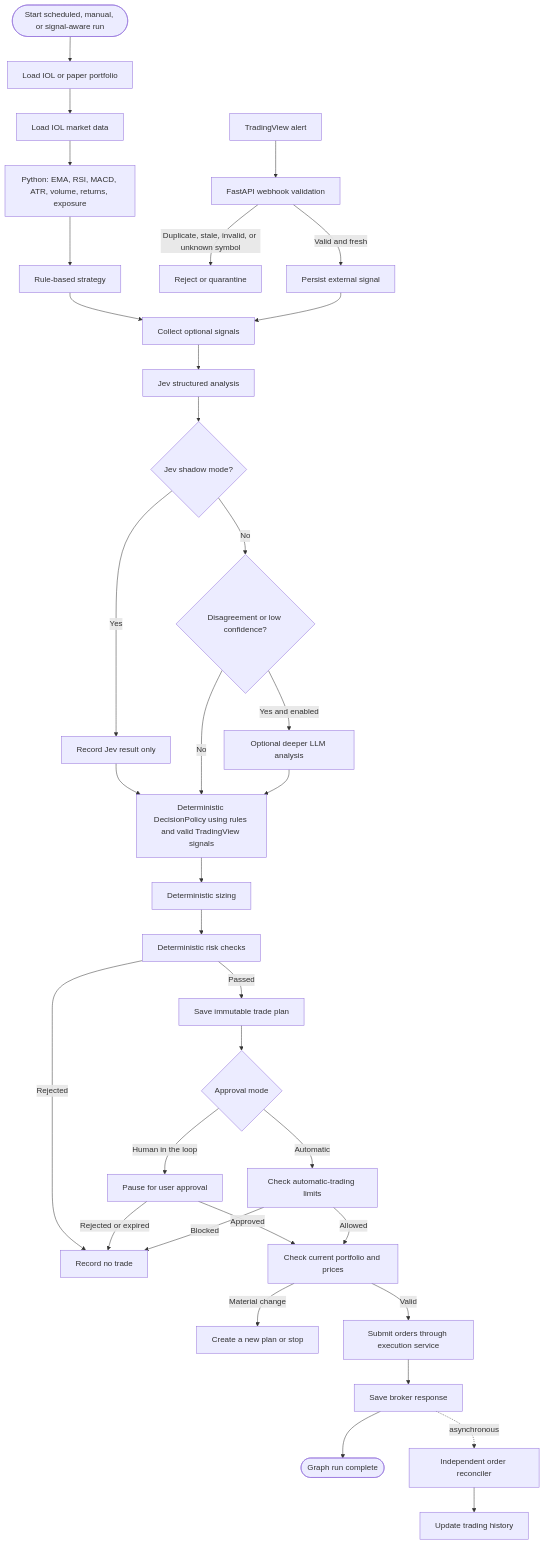
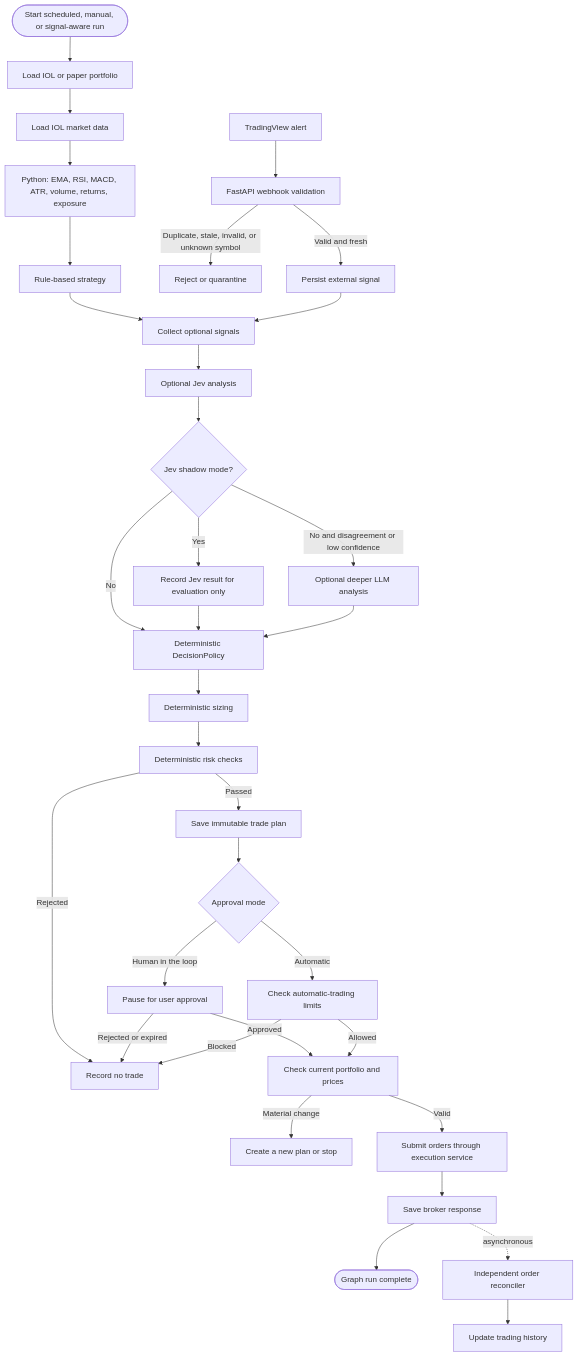
Before and after one commit to joseluismuzikant/ia-trading-broker: the second of 4 diagrams in README.md, drawn with Mermaid. The commit also changed other lines of this file, not shown here.

````diff
--- a/README.md
+++ b/README.md
@@ -144,42 +225,41 @@
 ```mermaid README.md
 flowchart TD
     TV[TradingView alert] --> INTAKE[FastAPI webhook validation]
     INTAKE -->|Valid and fresh| PERSIST[Persist external signal]
     INTAKE -->|Duplicate, stale, invalid, or unknown symbol| QUARANTINE[Reject or quarantine]
 
     START([Start scheduled, manual, or signal-aware run]) --> PORT[Load IOL or paper portfolio]
     PORT --> MARKET[Load IOL market data]
     MARKET --> FEATURES[Python: EMA, RSI, MACD, ATR, volume, returns, exposure]
     FEATURES --> RULES[Rule-based strategy]
     RULES --> COLLECT[Collect optional signals]
     PERSIST --> COLLECT
-    COLLECT --> JEV[Jev structured analysis]
+    COLLECT --> JEV[Optional Jev analysis]
     JEV --> SHADOW{Jev shadow mode?}
-    SHADOW -->|Yes| RECORD[Record Jev result only]
-    RECORD --> POLICY[Deterministic DecisionPolicy using rules and valid TradingView signals]
-    SHADOW -->|No| DEEP{Disagreement or low confidence?}
-    DEEP -->|Yes and enabled| LLM[Optional deeper LLM analysis]
-    DEEP -->|No| POLICY
+    SHADOW -->|Yes| RECORD[Record Jev result for evaluation only]
+    SHADOW -->|No and disagreement or low confidence| LLM[Optional deeper LLM analysis]
+    SHADOW -->|No| POLICY[Deterministic DecisionPolicy]
+    RECORD --> POLICY
     LLM --> POLICY
     POLICY --> SIZE[Deterministic sizing]
     SIZE --> RISK[Deterministic risk checks]
     RISK -->|Rejected| STOP[Record no trade]
     RISK -->|Passed| SAVE[Save immutable trade plan]
     SAVE --> MODE{Approval mode}
 
     MODE -->|Human in the loop| WAIT[Pause for user approval]
     WAIT -->|Rejected or expired| STOP
     WAIT -->|Approved| RECHECK[Check current portfolio and prices]
 
     MODE -->|Automatic| AUTO[Check automatic-trading limits]
     AUTO -->|Blocked| STOP
     AUTO -->|Allowed| RECHECK
 
     RECHECK -->|Material change| REVIEW[Create a new plan or stop]
     RECHECK -->|Valid| SUBMIT[Submit orders through execution service]
     SUBMIT --> RESULT[Save broker response]
     RESULT --> END([Graph run complete])
 
     RESULT -. asynchronous .-> RECONCILE[Independent order reconciler]
     RECONCILE --> HISTORY[Update trading history]
 ```
````
